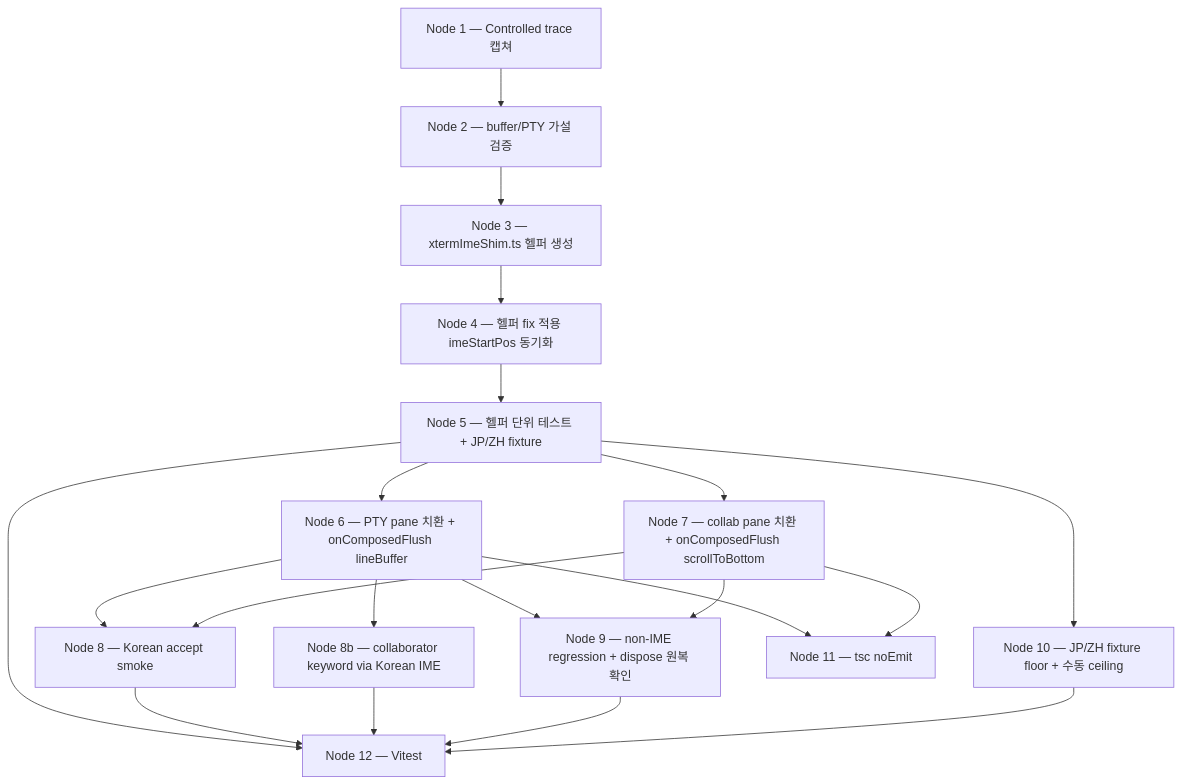
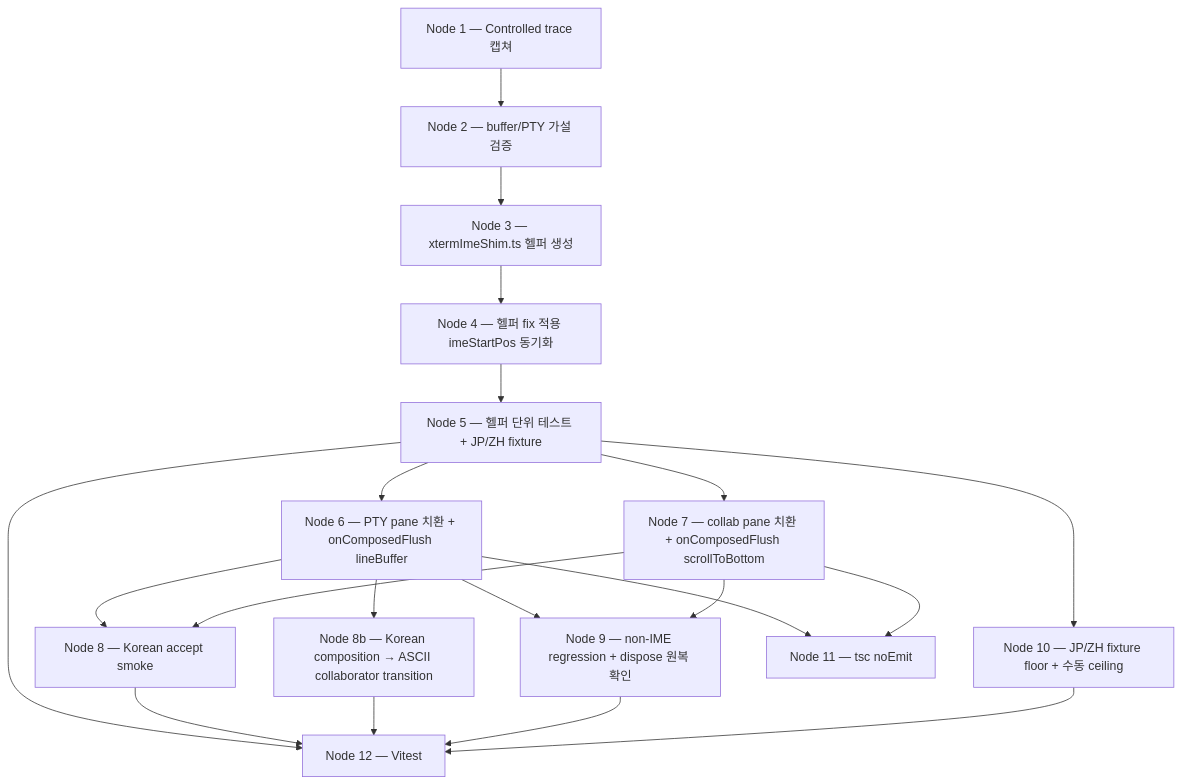
The diagram in plan.md (yes506/canvas-terminal), drawn with Mermaid before and after one commit. The commit also changed other lines of this file, not shown here.

````diff
--- a/plan.md
+++ b/plan.md
@@ -85,36 +85,36 @@
 ```mermaid
 flowchart TD
   N1[Node 1 — Controlled trace 캡쳐]
   N2[Node 2 — buffer/PTY 가설 검증]
   N3[Node 3 — xtermImeShim.ts 헬퍼 생성]
   N4[Node 4 — 헬퍼 fix 적용 imeStartPos 동기화]
   N5[Node 5 — 헬퍼 단위 테스트 + JP/ZH fixture]
   N6[Node 6 — PTY pane 치환 + onComposedFlush lineBuffer]
   N7[Node 7 — collab pane 치환 + onComposedFlush scrollToBottom]
   N8[Node 8 — Korean accept smoke]
-  N8b[Node 8b — collaborator keyword via Korean IME]
+  N8b[Node 8b — Korean composition → ASCII collaborator transition]
   N9[Node 9 — non-IME regression + dispose 원복 확인]
   N10[Node 10 — JP/ZH fixture floor + 수동 ceiling]
   N11[Node 11 — tsc noEmit]
   N12[Node 12 — Vitest]
 
   N1 --> N2
   N2 --> N3
   N3 --> N4
   N4 --> N5
   N5 --> N6
   N5 --> N7
   N6 --> N8
   N7 --> N8
   N6 --> N8b
   N6 --> N9
   N7 --> N9
   N5 --> N10
   N6 --> N11
   N7 --> N11
   N5 --> N12
   N8 --> N12
   N8b --> N12
   N9 --> N12
   N10 --> N12
 ```
````
